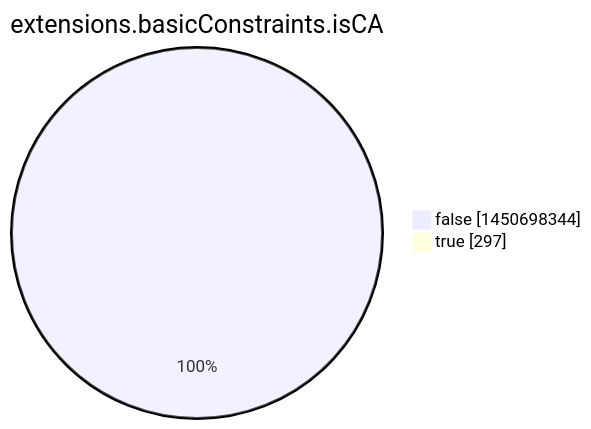
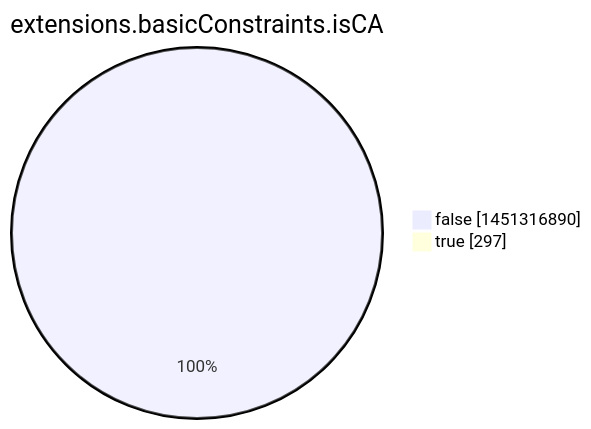
One commit to christiankrug/ctmonitor_visualization changed the eighth of 15 diagrams in argon2022/README.md. Above: the diagram before and after it, drawn with Mermaid. The commit also changed other lines of this file, not shown here.

````diff
--- a/argon2022/README.md
+++ b/argon2022/README.md
@@ -2760,6 +2760,6 @@
 ```mermaid
 pie showData
 title extensions.basicConstraints.isCA
-"false" :1450698344
+"false" :1451316890
 "true" :297
 ```
````
